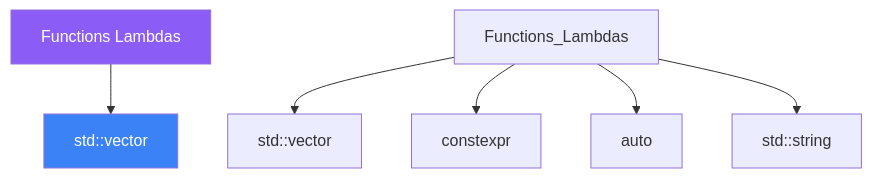
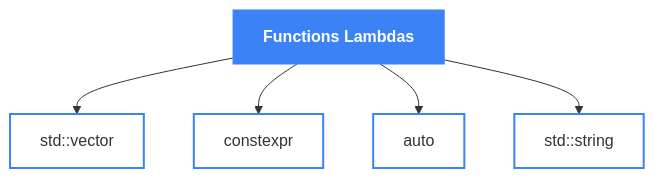
Before and after one commit to AI-Maddy/Learn-Modern-CPP-OOP-30-Days: the diagram in mkdocs-site/docs/days/day-02/02-definition.md, drawn with Mermaid. The commit also changed 99 other files, not shown here.

````diff
--- a/mkdocs-site/docs/days/day-02/02-definition.md
+++ b/mkdocs-site/docs/days/day-02/02-definition.md
@@ -120,10 +120,12 @@
 ```mermaid
 graph TD
-    ROOT["Functions Lambdas"] --> A["std::vector"]
-    Functions_Lambdas --> stdvector["std::vector"]
-    Functions_Lambdas --> constexpr["constexpr"]
-    Functions_Lambdas --> auto["auto"]
-    Functions_Lambdas --> stdstring["std::string"]
-    style ROOT fill:#8b5cf6,color:#fff
-    style A    fill:#3b82f6,color:#fff
+    ROOT["Functions Lambdas"]
+    ROOT --> n0["std::vector"]
+    ROOT --> n1["constexpr"]
+    ROOT --> n2["auto"]
+    ROOT --> n3["std::string"]
+    classDef topic fill:#3b82f6,stroke:#3b82f6,color:#ffffff,font-weight:bold
+    classDef concept fill:transparent,stroke:#3b82f6,stroke-width:2px
+    class ROOT topic
+    class n0,n1,n2,n3 concept
 ```
````
